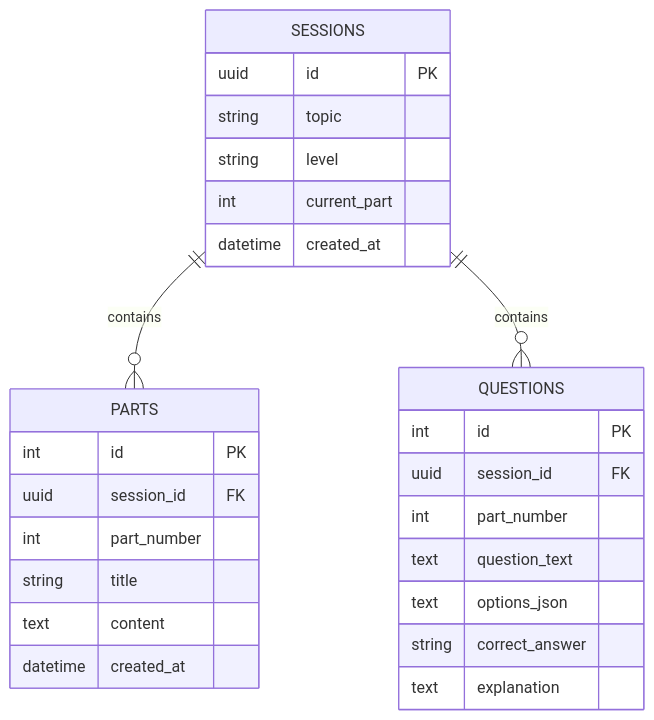
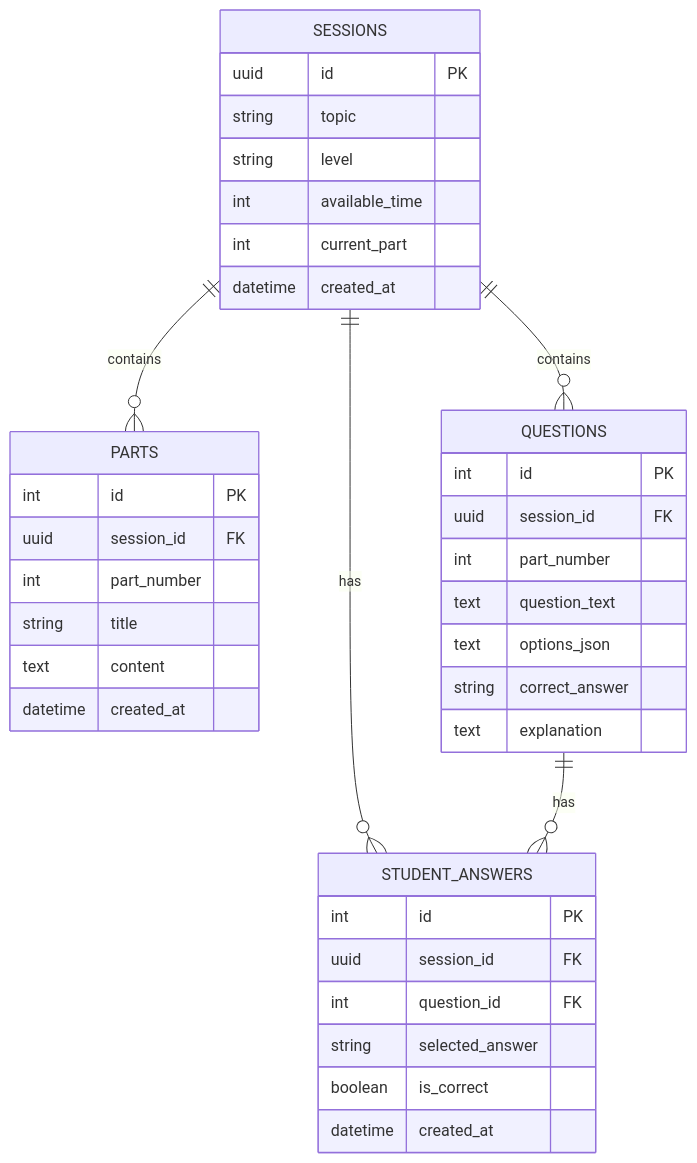
Before and after one commit to yahia-mo/Nudge-proto-type: the diagram in docs/database-schema-desing.md, drawn with Mermaid. The commit also changed other lines of this file and 1 other file, not shown here.

````diff
--- a/docs/database-schema-desing.md
+++ b/docs/database-schema-desing.md
@@ -3,33 +3,45 @@
 ```mermaid
+erDiagram
 
-erDiagram
     SESSIONS ||--o{ PARTS : "contains"
     SESSIONS ||--o{ QUESTIONS : "contains"
+    SESSIONS ||--o{ STUDENT_ANSWERS : "has"
+    QUESTIONS ||--o{ STUDENT_ANSWERS : "has"
 
     SESSIONS {
         uuid id PK
         string topic
         string level
+        int available_time
         int current_part
         datetime created_at
     }
 
     PARTS {
         int id PK
         uuid session_id FK
         int part_number
         string title
         text content
         datetime created_at
     }
 
     QUESTIONS {
         int id PK
         uuid session_id FK
         int part_number
         text question_text
         text options_json
         string correct_answer
         text explanation
     }
+
+    STUDENT_ANSWERS {
+        int id PK
+        uuid session_id FK
+        int question_id FK
+        string selected_answer
+        boolean is_correct
+        datetime created_at
+    }
 ```
````
